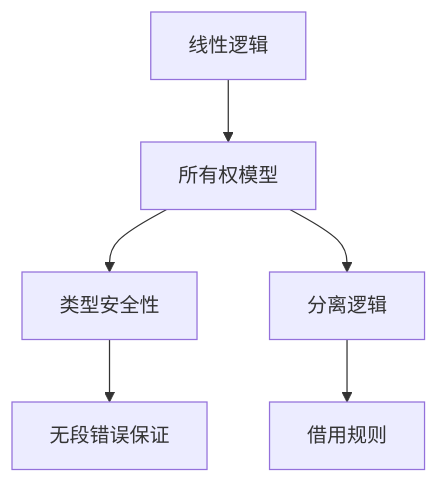
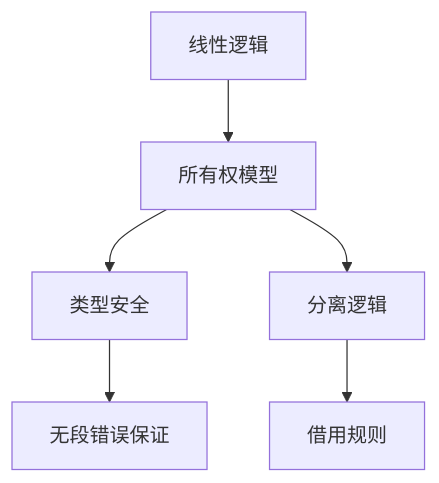
The second of 2 diagrams in formal_rust/refactor/01_core_theory/01_variable_system/15_formal_proof_and_verification.md (martin-ly/rust-lang), drawn with Mermaid before and after one commit. The commit also changed other lines of this file and 5740 other files, not shown here.

````diff
--- a/formal_rust/refactor/01_core_theory/01_variable_system/15_formal_proof_and_verification.md
+++ b/formal_rust/refactor/01_core_theory/01_variable_system/15_formal_proof_and_verification.md
@@ -72,8 +72,8 @@
     ```mermaid
     flowchart TD
         A[线性逻辑] --> B[所有权模型]
-        B --> C[类型安全性]
+        B --> C[类型安全]
         B --> D[分离逻辑]
         D --> E[借用规则]
         C --> F[无段错误保证]
     ```
````
